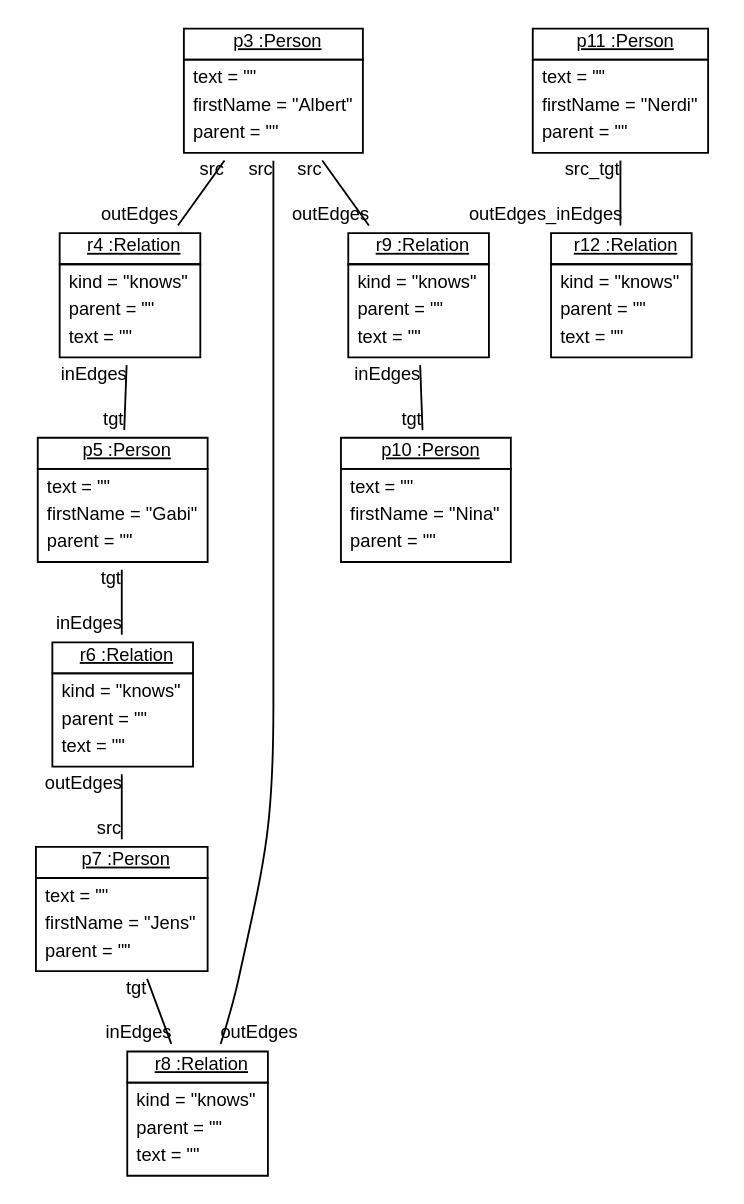
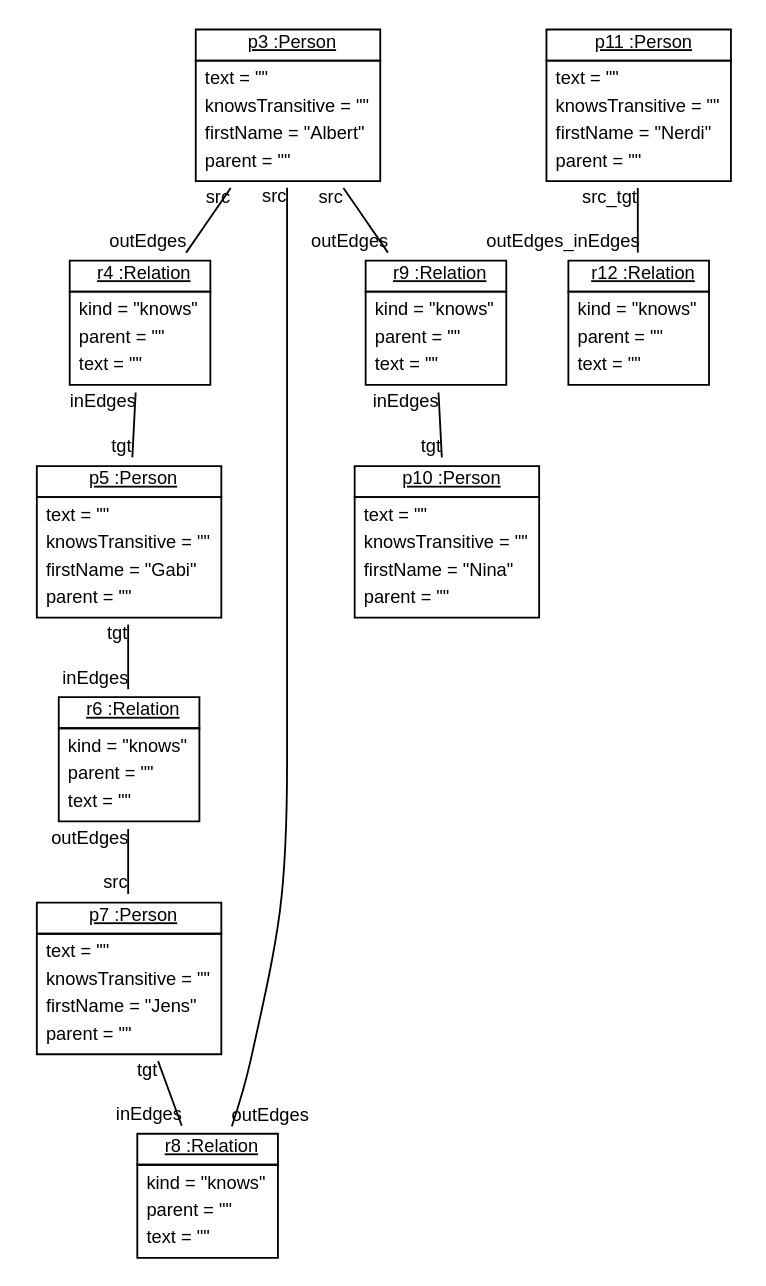
The diagram in doc/BanfM2MTransformation9.dot (fujaba/SDMLib), drawn with Graphviz before and after one commit. The commit also changed 222 other files, not shown here.

```diff
--- a/doc/BanfM2MTransformation9.dot
+++ b/doc/BanfM2MTransformation9.dot
@@ -1,26 +1,26 @@
 graph ObjectDiagram {
    node [shape = none, fontsize = 10, fontname = "Arial"];
    edge [fontsize = 10, fontname = "Arial"];
    compound=true;
 
-p3 [label=<<table border='0' cellborder='1' cellspacing='0'> <tr> <td href="../examples/org/sdmlib/examples/m2m/Person.java"> <u>p3 :Person</u></td></tr><tr><td><table border='0' cellborder='0' cellspacing='0'><tr><td align='left'>text = ""</td></tr><tr><td align='left'>firstName = "Albert"</td></tr><tr><td align='left'>parent = ""</td></tr></table></td></tr></table>>];
+p3 [label=<<table border='0' cellborder='1' cellspacing='0'> <tr> <td href="../examples/org/sdmlib/examples/m2m/Person.java"> <u>p3 :Person</u></td></tr><tr><td><table border='0' cellborder='0' cellspacing='0'><tr><td align='left'>text = ""</td></tr><tr><td align='left'>knowsTransitive = ""</td></tr><tr><td align='left'>firstName = "Albert"</td></tr><tr><td align='left'>parent = ""</td></tr></table></td></tr></table>>];
 r4 [label=<<table border='0' cellborder='1' cellspacing='0'> <tr> <td href="../examples/org/sdmlib/examples/m2m/Relation.java"> <u>r4 :Relation</u></td></tr><tr><td><table border='0' cellborder='0' cellspacing='0'><tr><td align='left'>kind = "knows"</td></tr><tr><td align='left'>parent = ""</td></tr><tr><td align='left'>text = ""</td></tr></table></td></tr></table>>];
-p5 [label=<<table border='0' cellborder='1' cellspacing='0'> <tr> <td href="../examples/org/sdmlib/examples/m2m/Person.java"> <u>p5 :Person</u></td></tr><tr><td><table border='0' cellborder='0' cellspacing='0'><tr><td align='left'>text = ""</td></tr><tr><td align='left'>firstName = "Gabi"</td></tr><tr><td align='left'>parent = ""</td></tr></table></td></tr></table>>];
+p5 [label=<<table border='0' cellborder='1' cellspacing='0'> <tr> <td href="../examples/org/sdmlib/examples/m2m/Person.java"> <u>p5 :Person</u></td></tr><tr><td><table border='0' cellborder='0' cellspacing='0'><tr><td align='left'>text = ""</td></tr><tr><td align='left'>knowsTransitive = ""</td></tr><tr><td align='left'>firstName = "Gabi"</td></tr><tr><td align='left'>parent = ""</td></tr></table></td></tr></table>>];
 r6 [label=<<table border='0' cellborder='1' cellspacing='0'> <tr> <td href="../examples/org/sdmlib/examples/m2m/Relation.java"> <u>r6 :Relation</u></td></tr><tr><td><table border='0' cellborder='0' cellspacing='0'><tr><td align='left'>kind = "knows"</td></tr><tr><td align='left'>parent = ""</td></tr><tr><td align='left'>text = ""</td></tr></table></td></tr></table>>];
-p7 [label=<<table border='0' cellborder='1' cellspacing='0'> <tr> <td href="../examples/org/sdmlib/examples/m2m/Person.java"> <u>p7 :Person</u></td></tr><tr><td><table border='0' cellborder='0' cellspacing='0'><tr><td align='left'>text = ""</td></tr><tr><td align='left'>firstName = "Jens"</td></tr><tr><td align='left'>parent = ""</td></tr></table></td></tr></table>>];
+p7 [label=<<table border='0' cellborder='1' cellspacing='0'> <tr> <td href="../examples/org/sdmlib/examples/m2m/Person.java"> <u>p7 :Person</u></td></tr><tr><td><table border='0' cellborder='0' cellspacing='0'><tr><td align='left'>text = ""</td></tr><tr><td align='left'>knowsTransitive = ""</td></tr><tr><td align='left'>firstName = "Jens"</td></tr><tr><td align='left'>parent = ""</td></tr></table></td></tr></table>>];
 r8 [label=<<table border='0' cellborder='1' cellspacing='0'> <tr> <td href="../examples/org/sdmlib/examples/m2m/Relation.java"> <u>r8 :Relation</u></td></tr><tr><td><table border='0' cellborder='0' cellspacing='0'><tr><td align='left'>kind = "knows"</td></tr><tr><td align='left'>parent = ""</td></tr><tr><td align='left'>text = ""</td></tr></table></td></tr></table>>];
 r9 [label=<<table border='0' cellborder='1' cellspacing='0'> <tr> <td href="../examples/org/sdmlib/examples/m2m/Relation.java"> <u>r9 :Relation</u></td></tr><tr><td><table border='0' cellborder='0' cellspacing='0'><tr><td align='left'>kind = "knows"</td></tr><tr><td align='left'>parent = ""</td></tr><tr><td align='left'>text = ""</td></tr></table></td></tr></table>>];
-p10 [label=<<table border='0' cellborder='1' cellspacing='0'> <tr> <td href="../examples/org/sdmlib/examples/m2m/Person.java"> <u>p10 :Person</u></td></tr><tr><td><table border='0' cellborder='0' cellspacing='0'><tr><td align='left'>text = ""</td></tr><tr><td align='left'>firstName = "Nina"</td></tr><tr><td align='left'>parent = ""</td></tr></table></td></tr></table>>];
-p11 [label=<<table border='0' cellborder='1' cellspacing='0'> <tr> <td href="../examples/org/sdmlib/examples/m2m/Person.java"> <u>p11 :Person</u></td></tr><tr><td><table border='0' cellborder='0' cellspacing='0'><tr><td align='left'>text = ""</td></tr><tr><td align='left'>firstName = "Nerdi"</td></tr><tr><td align='left'>parent = ""</td></tr></table></td></tr></table>>];
+p10 [label=<<table border='0' cellborder='1' cellspacing='0'> <tr> <td href="../examples/org/sdmlib/examples/m2m/Person.java"> <u>p10 :Person</u></td></tr><tr><td><table border='0' cellborder='0' cellspacing='0'><tr><td align='left'>text = ""</td></tr><tr><td align='left'>knowsTransitive = ""</td></tr><tr><td align='left'>firstName = "Nina"</td></tr><tr><td align='left'>parent = ""</td></tr></table></td></tr></table>>];
+p11 [label=<<table border='0' cellborder='1' cellspacing='0'> <tr> <td href="../examples/org/sdmlib/examples/m2m/Person.java"> <u>p11 :Person</u></td></tr><tr><td><table border='0' cellborder='0' cellspacing='0'><tr><td align='left'>text = ""</td></tr><tr><td align='left'>knowsTransitive = ""</td></tr><tr><td align='left'>firstName = "Nerdi"</td></tr><tr><td align='left'>parent = ""</td></tr></table></td></tr></table>>];
 r12 [label=<<table border='0' cellborder='1' cellspacing='0'> <tr> <td href="../examples/org/sdmlib/examples/m2m/Relation.java"> <u>r12 :Relation</u></td></tr><tr><td><table border='0' cellborder='0' cellspacing='0'><tr><td align='left'>kind = "knows"</td></tr><tr><td align='left'>parent = ""</td></tr><tr><td align='left'>text = ""</td></tr></table></td></tr></table>>];
 
 p3 -- r4 [headlabel = "outEdges" taillabel = "src"];
 p3 -- r9 [headlabel = "outEdges" taillabel = "src"];
 p3 -- r8 [headlabel = "outEdges" taillabel = "src"];
 r4 -- p5 [headlabel = "tgt" taillabel = "inEdges"];
 p5 -- r6 [headlabel = "inEdges" taillabel = "tgt"];
 r6 -- p7 [headlabel = "src" taillabel = "outEdges"];
 p7 -- r8 [headlabel = "inEdges" taillabel = "tgt"];
 r9 -- p10 [headlabel = "tgt" taillabel = "inEdges"];
 p11 -- r12 [headlabel = "outEdges_inEdges" taillabel = "src_tgt"];
 }
```
